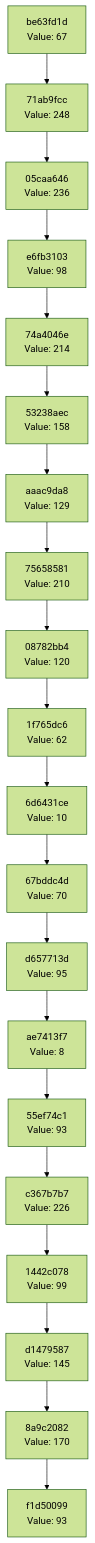
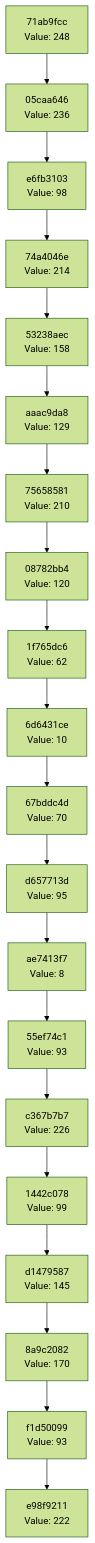
Before and after one commit to Abhisheksinha1506/hash-chain-evolver: the diagram in docs/CHAIN_VISUALIZATION.md, drawn with Mermaid (forest theme). The commit also changed 3 other files, not shown here.

````diff
--- a/docs/CHAIN_VISUALIZATION.md
+++ b/docs/CHAIN_VISUALIZATION.md
@@ -3,42 +3,42 @@
 ```mermaid
 graph TD
-    C0["f1d50099<br/>Value: 93"]
-    C1["8a9c2082<br/>Value: 170"]
+    C0["e98f9211<br/>Value: 222"]
+    C1["f1d50099<br/>Value: 93"]
     C1 --> C0
-    C2["d1479587<br/>Value: 145"]
+    C2["8a9c2082<br/>Value: 170"]
     C2 --> C1
-    C3["1442c078<br/>Value: 99"]
+    C3["d1479587<br/>Value: 145"]
     C3 --> C2
-    C4["c367b7b7<br/>Value: 226"]
+    C4["1442c078<br/>Value: 99"]
     C4 --> C3
-    C5["55ef74c1<br/>Value: 93"]
+    C5["c367b7b7<br/>Value: 226"]
     C5 --> C4
-    C6["ae7413f7<br/>Value: 8"]
+    C6["55ef74c1<br/>Value: 93"]
     C6 --> C5
-    C7["d657713d<br/>Value: 95"]
+    C7["ae7413f7<br/>Value: 8"]
     C7 --> C6
-    C8["67bddc4d<br/>Value: 70"]
+    C8["d657713d<br/>Value: 95"]
     C8 --> C7
-    C9["6d6431ce<br/>Value: 10"]
+    C9["67bddc4d<br/>Value: 70"]
     C9 --> C8
-    C10["1f765dc6<br/>Value: 62"]
+    C10["6d6431ce<br/>Value: 10"]
     C10 --> C9
-    C11["08782bb4<br/>Value: 120"]
+    C11["1f765dc6<br/>Value: 62"]
     C11 --> C10
-    C12["75658581<br/>Value: 210"]
+    C12["08782bb4<br/>Value: 120"]
     C12 --> C11
-    C13["aaac9da8<br/>Value: 129"]
+    C13["75658581<br/>Value: 210"]
     C13 --> C12
-    C14["53238aec<br/>Value: 158"]
+    C14["aaac9da8<br/>Value: 129"]
     C14 --> C13
-    C15["74a4046e<br/>Value: 214"]
+    C15["53238aec<br/>Value: 158"]
     C15 --> C14
-    C16["e6fb3103<br/>Value: 98"]
+    C16["74a4046e<br/>Value: 214"]
     C16 --> C15
-    C17["05caa646<br/>Value: 236"]
+    C17["e6fb3103<br/>Value: 98"]
     C17 --> C16
-    C18["71ab9fcc<br/>Value: 248"]
+    C18["05caa646<br/>Value: 236"]
     C18 --> C17
-    C19["be63fd1d<br/>Value: 67"]
+    C19["71ab9fcc<br/>Value: 248"]
     C19 --> C18
 ```
````
